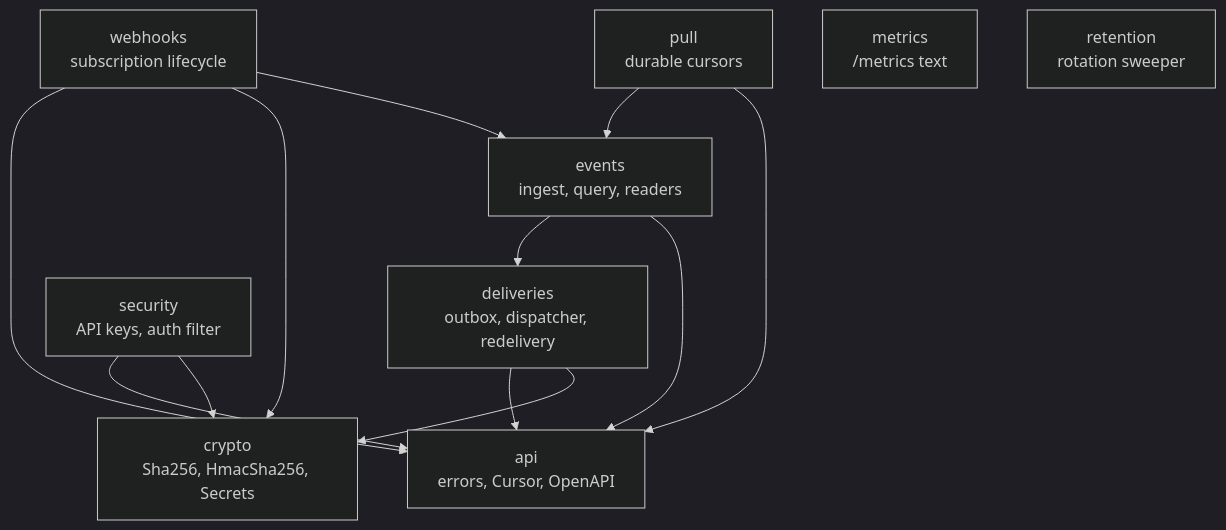
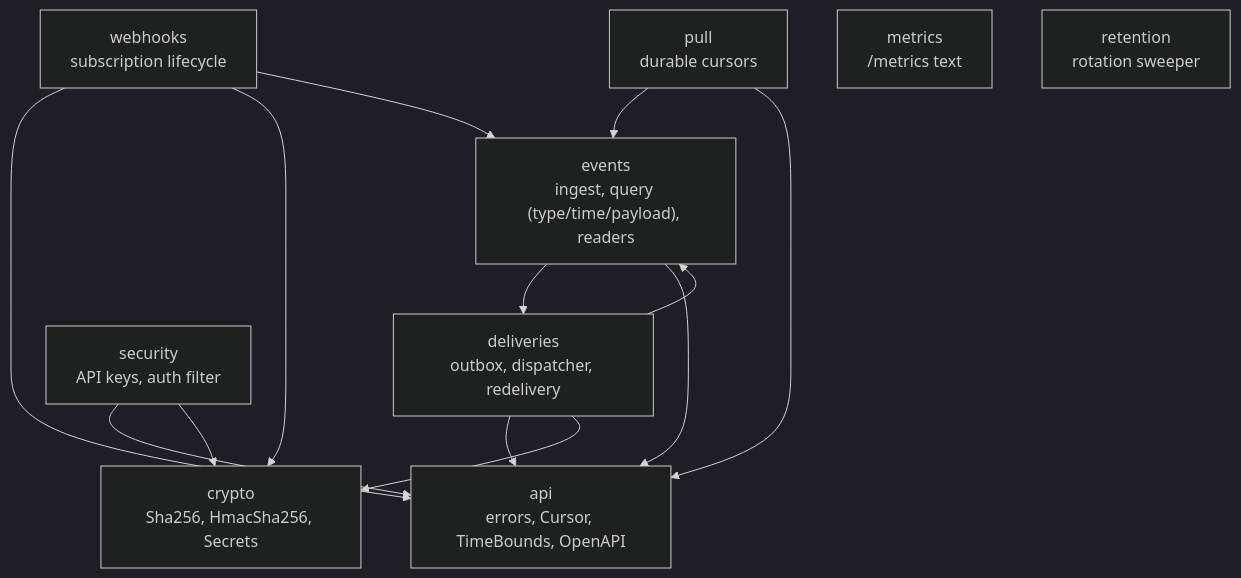
The fourth of 6 diagrams in docs/architecture.md (sharanggupta/eventcore), drawn with Mermaid (dark theme) before and after one commit. The commit also changed other lines of this file and 10 other files, not shown here.

````diff
--- a/docs/architecture.md
+++ b/docs/architecture.md
@@ -114,24 +119,25 @@
 ```mermaid
 flowchart TD
-    events["events<br/>ingest, query, readers"]
+    events["events<br/>ingest, query (type/time/payload), readers"]
     webhooks["webhooks<br/>subscription lifecycle"]
     deliveries["deliveries<br/>outbox, dispatcher, redelivery"]
     pull["pull<br/>durable cursors"]
     security["security<br/>API keys, auth filter"]
     metrics["metrics<br/>/metrics text"]
     retention["retention<br/>rotation sweeper"]
-    api["api<br/>errors, Cursor, OpenAPI"]
+    api["api<br/>errors, Cursor, TimeBounds, OpenAPI"]
     crypto["crypto<br/>Sha256, HmacSha256, Secrets"]
 
     events --> deliveries
     events --> api
     webhooks --> api
     webhooks --> crypto
     webhooks --> events
     deliveries --> api
     deliveries --> crypto
+    deliveries --> events
     pull --> events
     pull --> api
     security --> api
     security --> crypto
 ```
````
